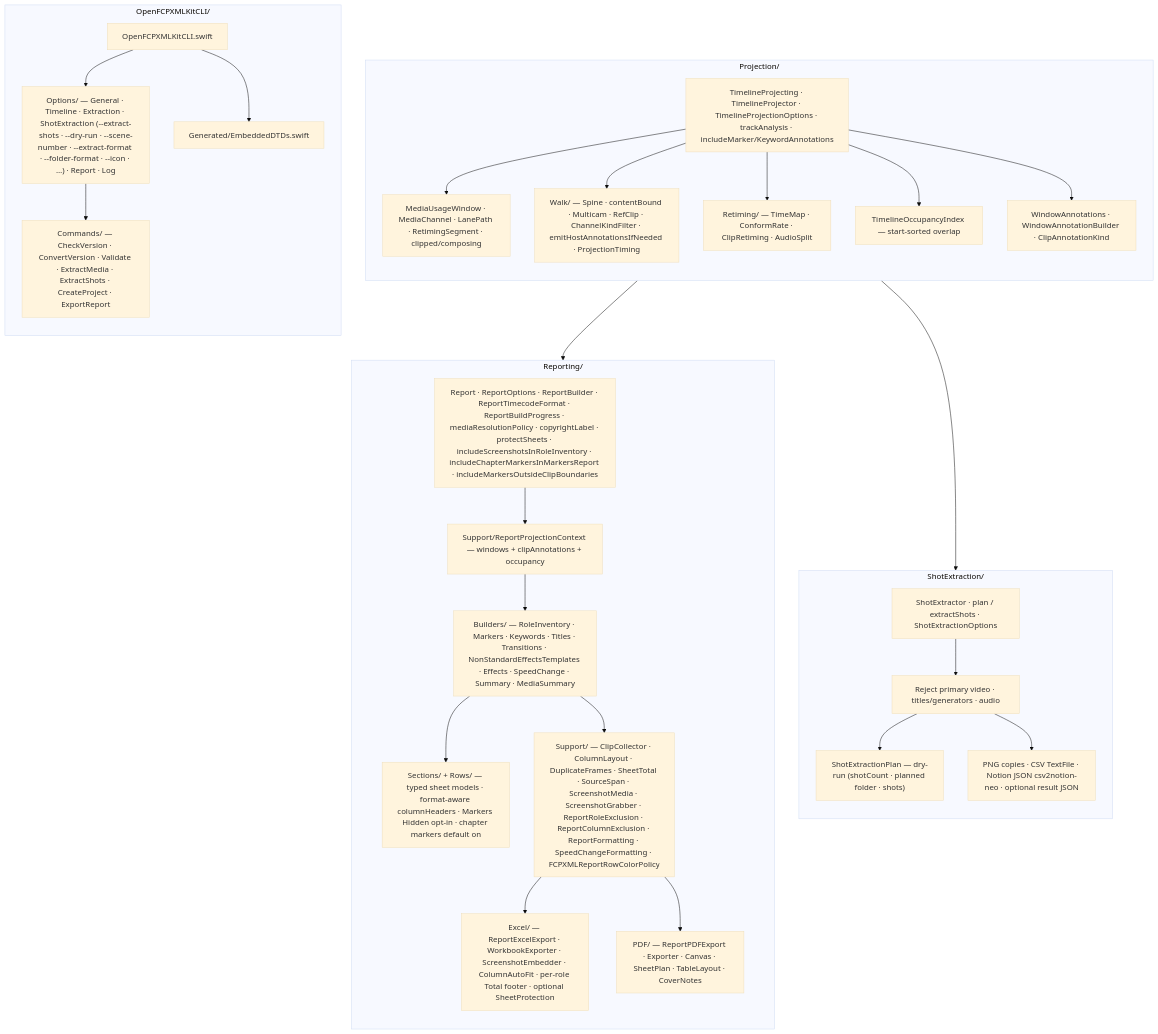
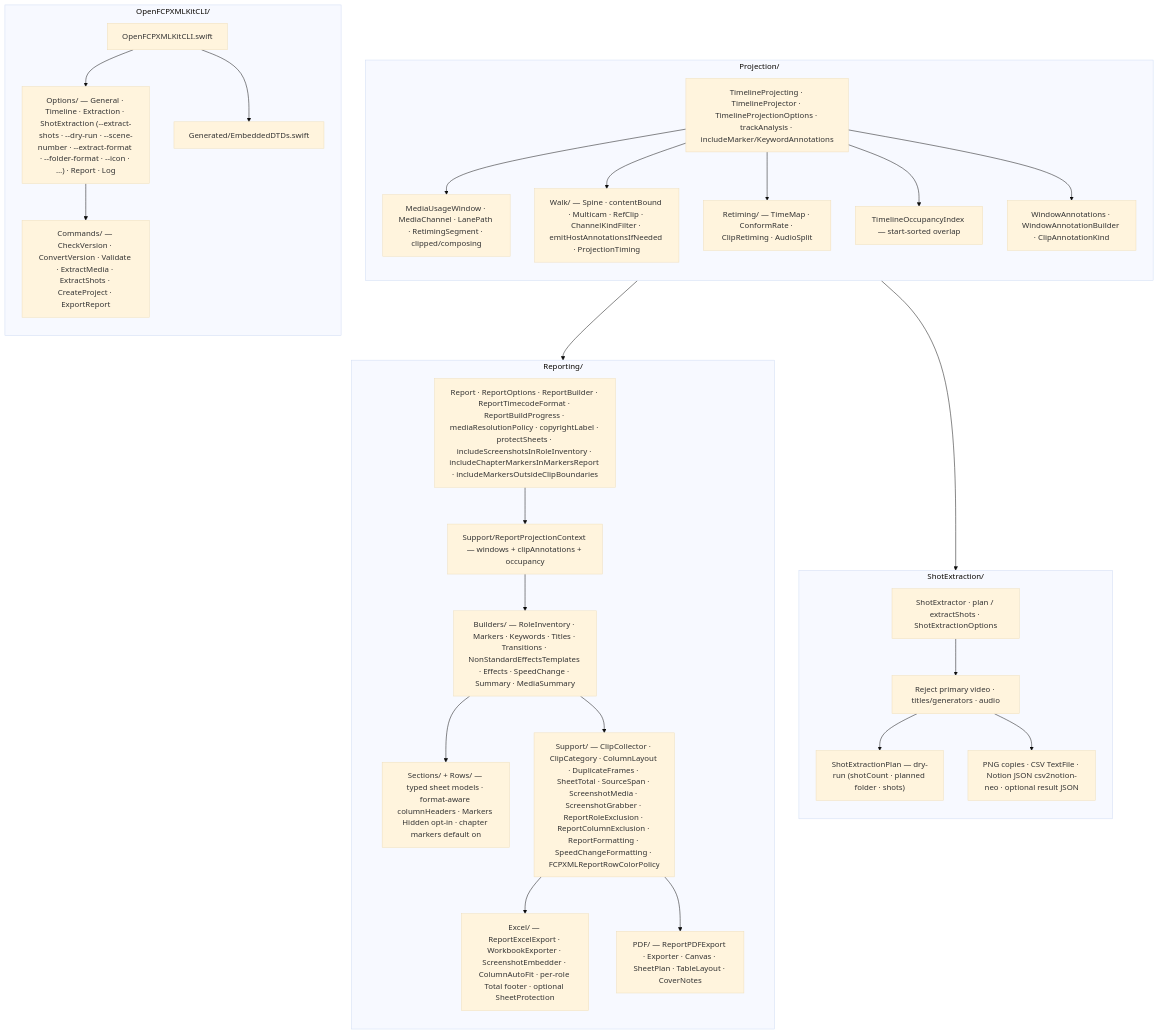
Before and after one commit to TheAcharya/OpenFCPXMLKit: the fifth of 6 diagrams in ARCHITECTURE.md, drawn with Mermaid (base theme). The commit also changed other lines of this file and 43 other files, not shown here.

````diff
--- a/ARCHITECTURE.md
+++ b/ARCHITECTURE.md
@@ -342,56 +344,56 @@
 ```mermaid
 flowchart TB
     subgraph PRJ_DETAIL["Projection/"]
         direction TB
         P_API["TimelineProjecting · TimelineProjector · TimelineProjectionOptions · trackAnalysis · includeMarker/KeywordAnnotations"]
         P_WIN["MediaUsageWindow · MediaChannel · LanePath · RetimingSegment · clipped/composing"]
         P_WALK["Walk/ — Spine · contentBound · Multicam · RefClip · ChannelKindFilter · emitHostAnnotationsIfNeeded · ProjectionTiming"]
         P_RET["Retiming/ — TimeMap · ConformRate · ClipRetiming · AudioSplit"]
         P_OCC["TimelineOccupancyIndex — start-sorted overlap"]
         P_ANN["WindowAnnotations · WindowAnnotationBuilder · ClipAnnotationKind"]
         P_API --> P_WIN
         P_API --> P_WALK
         P_API --> P_RET
         P_API --> P_OCC
         P_API --> P_ANN
     end
 
     subgraph REP_DETAIL["Reporting/"]
         direction TB
         R_TOP["Report · ReportOptions · ReportBuilder · ReportTimecodeFormat · ReportBuildProgress · mediaResolutionPolicy · copyrightLabel · protectSheets · includeScreenshotsInRoleInventory · includeChapterMarkersInMarkersReport · includeMarkersOutsideClipBoundaries"]
         R_CTX["Support/ReportProjectionContext — windows + clipAnnotations + occupancy"]
         R_BLD["Builders/ — RoleInventory · Markers · Keywords · Titles · Transitions · NonStandardEffectsTemplates · Effects · SpeedChange · Summary · MediaSummary"]
         R_SEC["Sections/ + Rows/ — typed sheet models · format-aware columnHeaders · Markers Hidden opt-in · chapter markers default on"]
-        R_SUP["Support/ — ClipCollector · ColumnLayout · DuplicateFrames · SheetTotal · SourceSpan · ScreenshotMedia · ScreenshotGrabber · ReportRoleExclusion · ReportColumnExclusion · ReportFormatting · SpeedChangeFormatting · FCPXMLReportRowColorPolicy"]
+        R_SUP["Support/ — ClipCollector · ClipCategory · ColumnLayout · DuplicateFrames · SheetTotal · SourceSpan · ScreenshotMedia · ScreenshotGrabber · ReportRoleExclusion · ReportColumnExclusion · ReportFormatting · SpeedChangeFormatting · FCPXMLReportRowColorPolicy"]
         R_XLS["Excel/ — ReportExcelExport · WorkbookExporter · ScreenshotEmbedder · ColumnAutoFit · per-role Total footer · optional SheetProtection"]
         R_PDF["PDF/ — ReportPDFExport · Exporter · Canvas · SheetPlan · TableLayout · CoverNotes"]
         R_TOP --> R_CTX --> R_BLD --> R_SEC
         R_BLD --> R_SUP
         R_SUP --> R_XLS
         R_SUP --> R_PDF
     end
 
     PRJ_DETAIL --> REP_DETAIL
     PRJ_DETAIL --> SHOT_DETAIL
 
     subgraph SHOT_DETAIL["ShotExtraction/"]
         direction TB
         S_API["ShotExtractor · plan / extractShots · ShotExtractionOptions"]
         S_PLAN["ShotExtractionPlan — dry-run (shotCount · planned folder · shots)"]
         S_VAL["Reject primary video · titles/generators · audio"]
         S_OUT["PNG copies · CSV TextFile · Notion JSON csv2notion-neo · optional result JSON"]
         S_API --> S_VAL
         S_VAL --> S_PLAN
         S_VAL --> S_OUT
     end
 
     subgraph CLI_DETAIL["OpenFCPXMLKitCLI/"]
         direction TB
         C_ROOT["OpenFCPXMLKitCLI.swift"]
         C_OPT["Options/ — General · Timeline · Extraction · ShotExtraction (--extract-shots · --dry-run · --scene-number · --extract-format · --folder-format · --icon · …) · Report · Log"]
         C_CMD["Commands/ — CheckVersion · ConvertVersion · Validate · ExtractMedia · ExtractShots · CreateProject · ExportReport"]
         C_GEN["Generated/EmbeddedDTDs.swift"]
         C_ROOT --> C_OPT --> C_CMD
         C_ROOT --> C_GEN
     end
 ```
````
